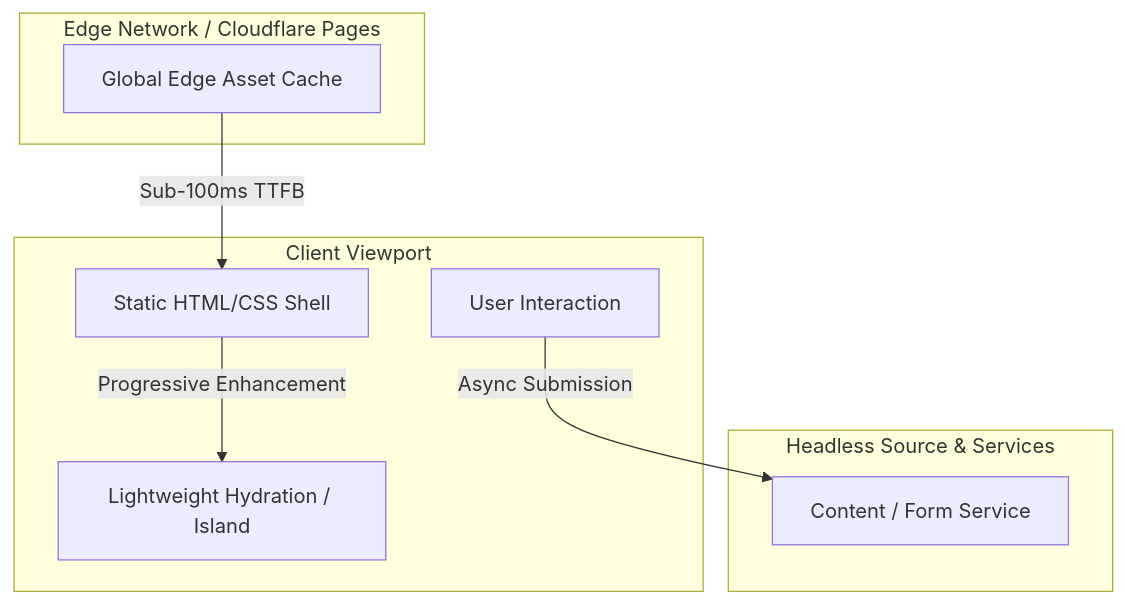
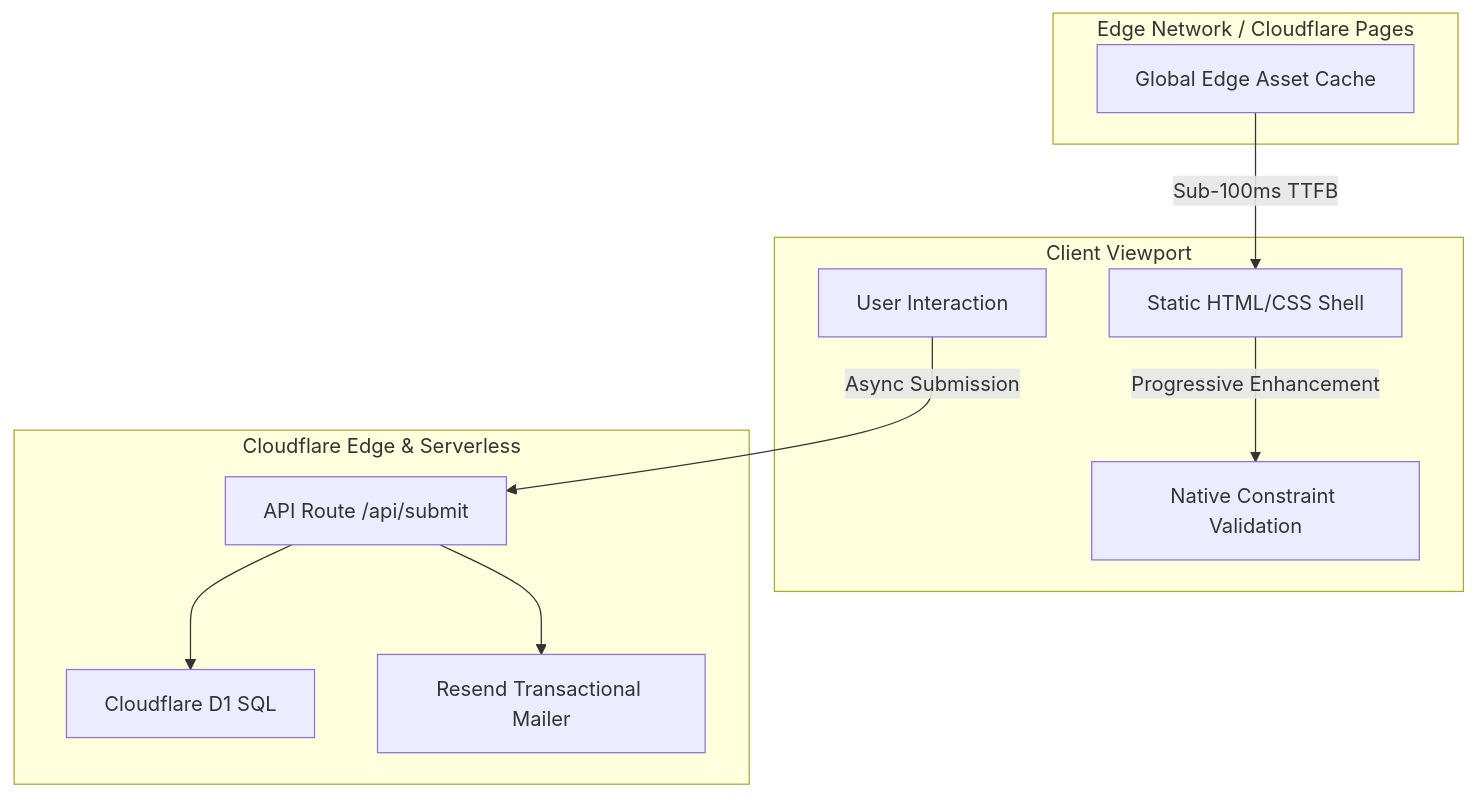
The diagram in docs/FRONTEND_ARCHITECTURE.md (robinsehnalik/kompletmotiv-public), drawn with Mermaid before and after one commit. The commit also changed other lines of this file and 5 other files, not shown here.

Commit message:
feat: add authentic sanitized components and update architecture showcase

````diff
--- a/docs/FRONTEND_ARCHITECTURE.md
+++ b/docs/FRONTEND_ARCHITECTURE.md
@@ -9,20 +9,24 @@
 ```mermaid
 flowchart TD
     subgraph Browser [Client Viewport]
         DOM[Static HTML/CSS Shell]
-        Hydrate[Lightweight Hydration / Island]
+        ConstraintEngine[Native Constraint Validation]
         UserAction[User Interaction]
     end
 
     subgraph EdgeCDN [Edge Network / Cloudflare Pages]
         Cache[Global Edge Asset Cache]
     end
 
-    subgraph HeadlessData [Headless Source & Services]
-        CMS[Content / Form Service]
+    subgraph HeadlessData [Cloudflare Edge & Serverless]
+        API[API Route /api/submit]
+        D1[Cloudflare D1 SQL]
+        Resend[Resend Transactional Mailer]
     end
 
     Cache -->|Sub-100ms TTFB| DOM
-    DOM -->|Progressive Enhancement| Hydrate
-    UserAction -->|Async Submission| CMS
+    DOM -->|Progressive Enhancement| ConstraintEngine
+    UserAction -->|Async Submission| API
+    API --> D1
+    API --> Resend
 ```
````
